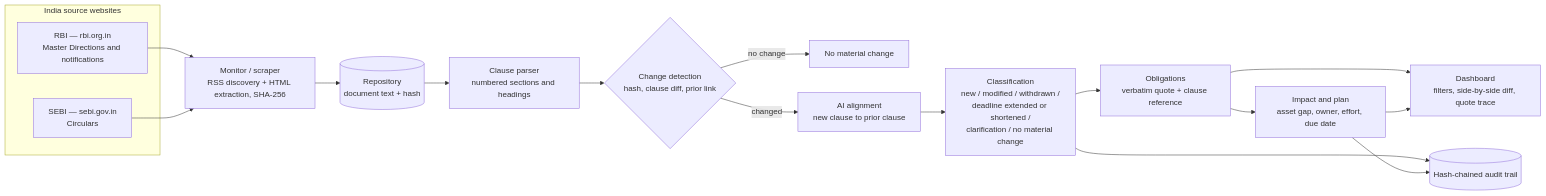
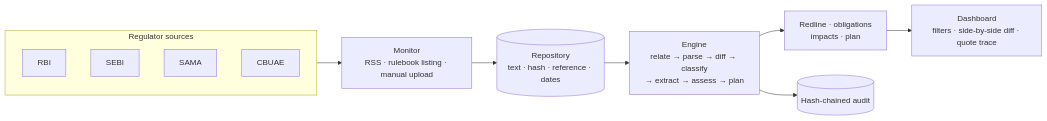
One commit to Electronica-dev/azentio-hackathon changed the first of 2 diagrams in README.md. Above: the diagram before and after it, drawn with Mermaid. The commit also changed other lines of this file and 14 other files, not shown here.

````diff
--- a/README.md
+++ b/README.md
@@ -36,22 +38,16 @@
 ```mermaid
 flowchart LR
-    subgraph SRC["India source websites"]
-        RBI["RBI — rbi.org.in<br/>Master Directions and notifications"]
-        SEBI["SEBI — sebi.gov.in<br/>Circulars"]
+    subgraph SRC["Regulator sources"]
+        RBI["RBI"]
+        SEBI["SEBI"]
+        SAMA["SAMA"]
+        CBUAE["CBUAE"]
     end
 
-    RBI --> MON["Monitor / scraper<br/>RSS discovery + HTML extraction, SHA-256"]
-    SEBI --> MON
-    MON --> REPO[("Repository<br/>document text + hash")]
-    REPO --> PARSE["Clause parser<br/>numbered sections and headings"]
-    PARSE --> DETECT{"Change detection<br/>hash, clause diff, prior link"}
-    DETECT -- "no change" --> NONE["No material change"]
-    DETECT -- "changed" --> ALIGN["AI alignment<br/>new clause to prior clause"]
-    ALIGN --> CLASS["Classification<br/>new / modified / withdrawn /<br/>deadline extended or shortened /<br/>clarification / no material change"]
-    CLASS --> OBL["Obligations<br/>verbatim quote + clause reference"]
-    OBL --> IMPACT["Impact and plan<br/>asset gap, owner, effort, due date"]
-    OBL --> UI["Dashboard<br/>filters, side-by-side diff, quote trace"]
-    IMPACT --> UI
-    CLASS --> AUDIT[("Hash-chained audit trail")]
-    IMPACT --> AUDIT
+    SRC --> MON["Monitor<br/>RSS · rulebook listing · manual upload"]
+    MON --> REPO[("Repository<br/>text · hash · reference · dates")]
+    REPO --> ENGINE["Engine<br/>relate → parse → diff → classify<br/>→ extract → assess → plan"]
+    ENGINE --> OUT["Redline · obligations<br/>impacts · plan"]
+    ENGINE --> AUDIT[("Hash-chained audit")]
+    OUT --> UI["Dashboard<br/>filters · side-by-side diff · quote trace"]
 ```
````
